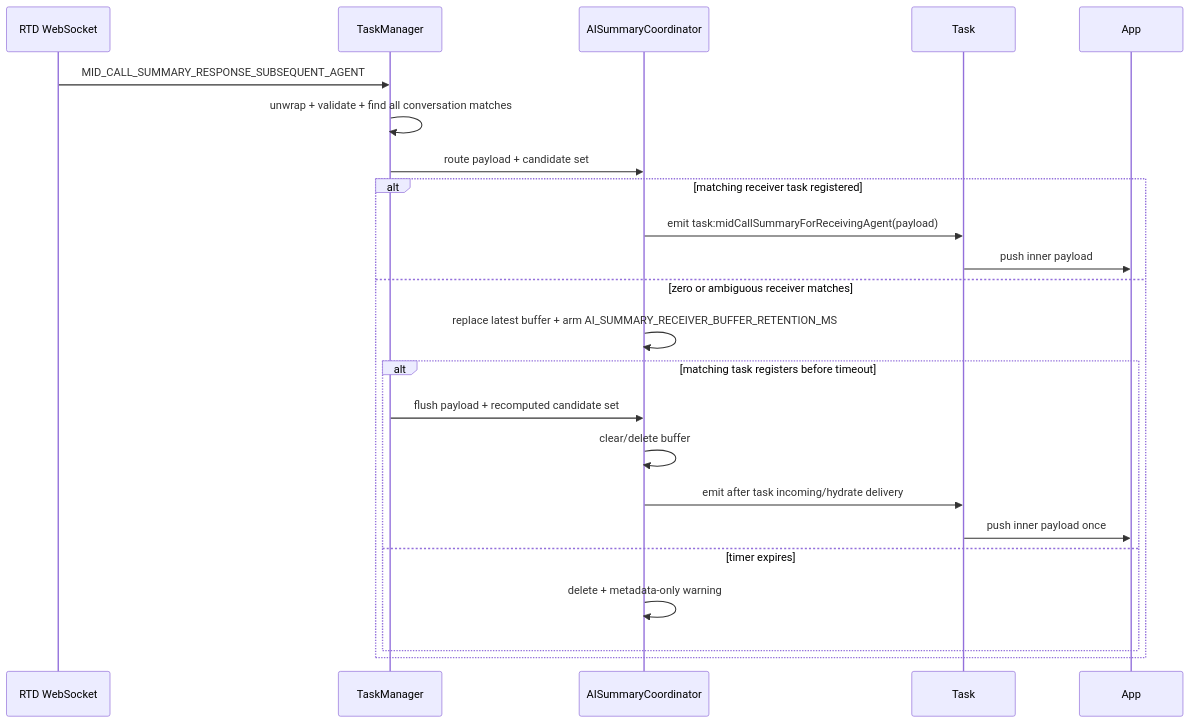
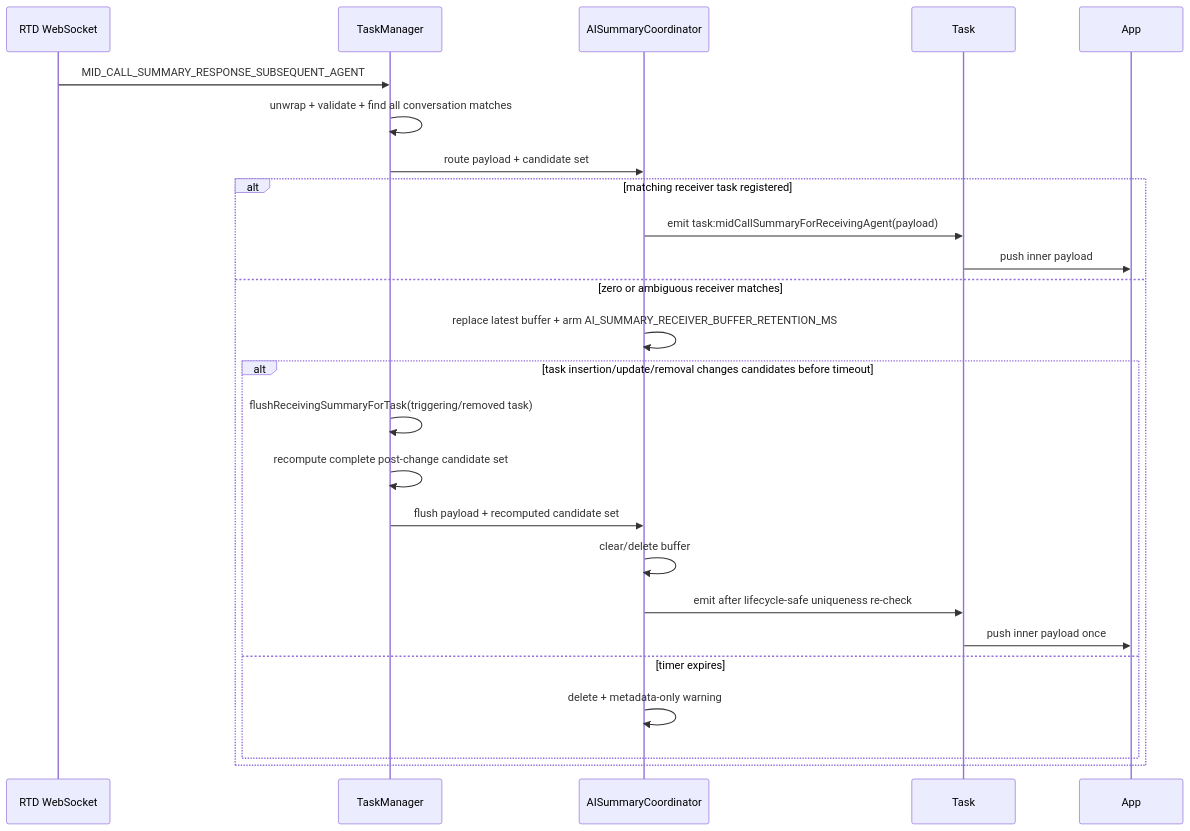
The third of 3 diagrams in design/default/design_spec.md (webex/webex-js-sdk), drawn with Mermaid before and after one commit. The commit also changed other lines of this file and 1 other file, not shown here.

````diff
--- a/design/default/design_spec.md
+++ b/design/default/design_spec.md
@@ -777,25 +779,27 @@
 ```mermaid
 sequenceDiagram
   participant RTD as RTD WebSocket
   participant TM as TaskManager
   participant C as AISummaryCoordinator
   participant Task
   participant App
   RTD->>TM: MID_CALL_SUMMARY_RESPONSE_SUBSEQUENT_AGENT
   TM->>TM: unwrap + validate + find all conversation matches
   TM->>C: route payload + candidate set
   alt matching receiver task registered
     C->>Task: emit task:midCallSummaryForReceivingAgent(payload)
     Task->>App: push inner payload
   else zero or ambiguous receiver matches
     C->>C: replace latest buffer + arm AI_SUMMARY_RECEIVER_BUFFER_RETENTION_MS
-    alt matching task registers before timeout
+    alt task insertion/update/removal changes candidates before timeout
+      TM->>TM: flushReceivingSummaryForTask(triggering/removed task)
+      TM->>TM: recompute complete post-change candidate set
       TM->>C: flush payload + recomputed candidate set
       C->>C: clear/delete buffer
-      C->>Task: emit after task incoming/hydrate delivery
+      C->>Task: emit after lifecycle-safe uniqueness re-check
       Task->>App: push inner payload once
     else timer expires
       C->>C: delete + metadata-only warning
     end
   end
 ```
````
